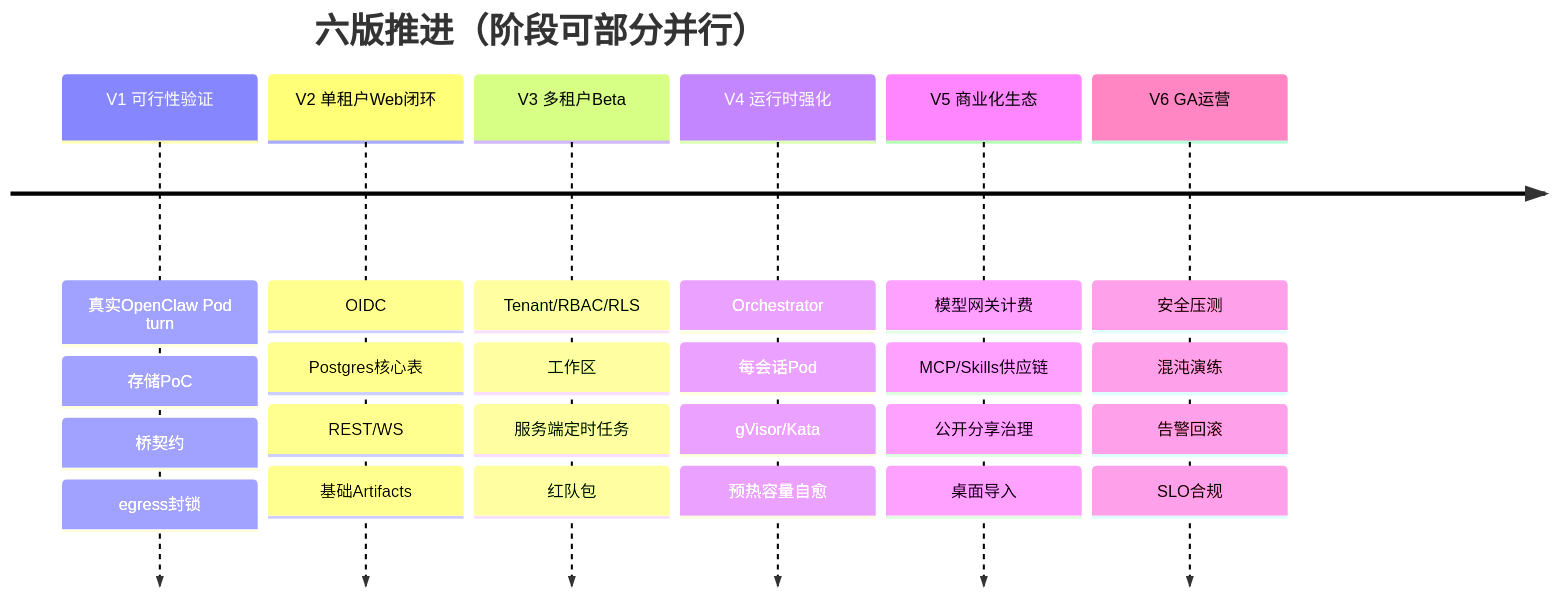
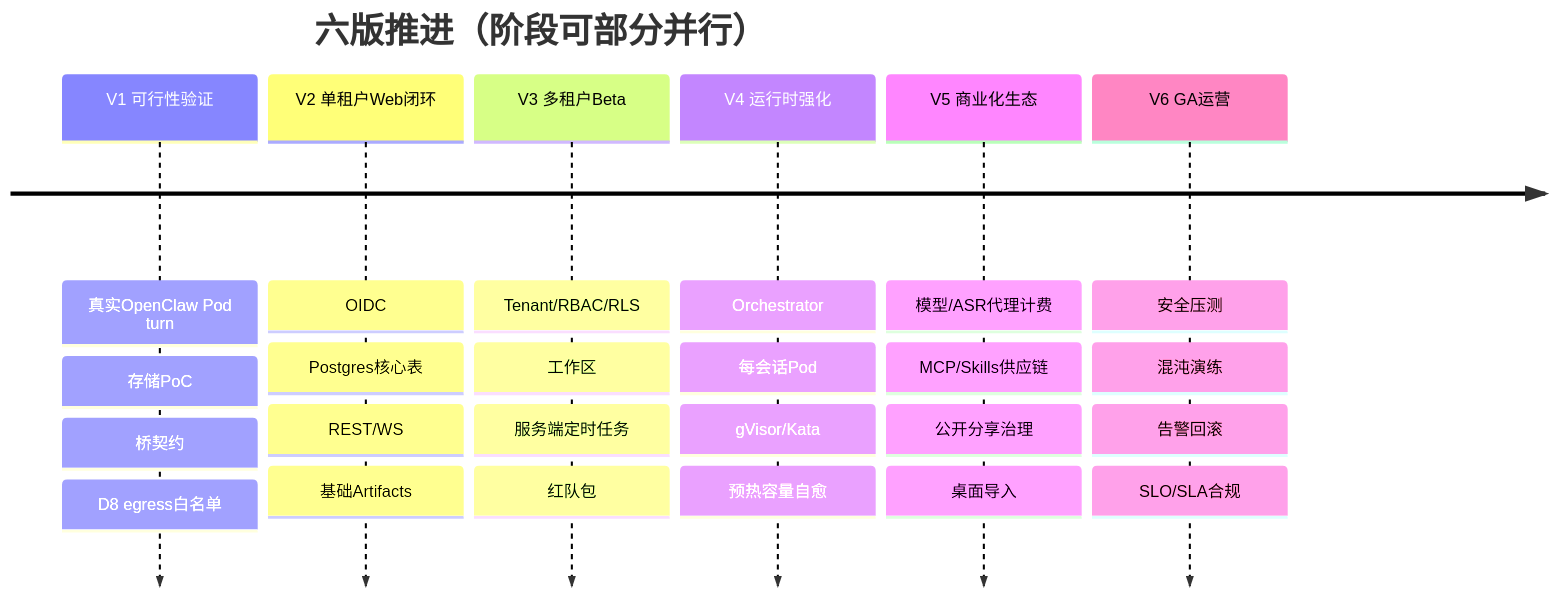
Before and after one commit to edward-ng-duke/LobsterAI: the second of 3 diagrams in 改造计划/00-总览与执行摘要.md, drawn with Mermaid. The commit also changed other lines of this file and 27 other files, not shown here.

````diff
--- a/改造计划/00-总览与执行摘要.md
+++ b/改造计划/00-总览与执行摘要.md
@@ -180,10 +182,10 @@
 ```mermaid
 timeline
   title 六版推进（阶段可部分并行）
-  V1 可行性验证 : 真实OpenClaw Pod turn : 存储PoC : 桥契约 : egress封锁
+  V1 可行性验证 : 真实OpenClaw Pod turn : 存储PoC : 桥契约 : D8 egress白名单
   V2 单租户Web闭环 : OIDC : Postgres核心表 : REST/WS : 基础Artifacts
   V3 多租户Beta : Tenant/RBAC/RLS : 工作区 : 服务端定时任务 : 红队包
   V4 运行时强化 : Orchestrator : 每会话Pod : gVisor/Kata : 预热容量自愈
-  V5 商业化生态 : 模型网关计费 : MCP/Skills供应链 : 公开分享治理 : 桌面导入
-  V6 GA运营 : 安全压测 : 混沌演练 : 告警回滚 : SLO合规
+  V5 商业化生态 : 模型/ASR代理计费 : MCP/Skills供应链 : 公开分享治理 : 桌面导入
+  V6 GA运营 : 安全压测 : 混沌演练 : 告警回滚 : SLO/SLA合规
 ```
````
